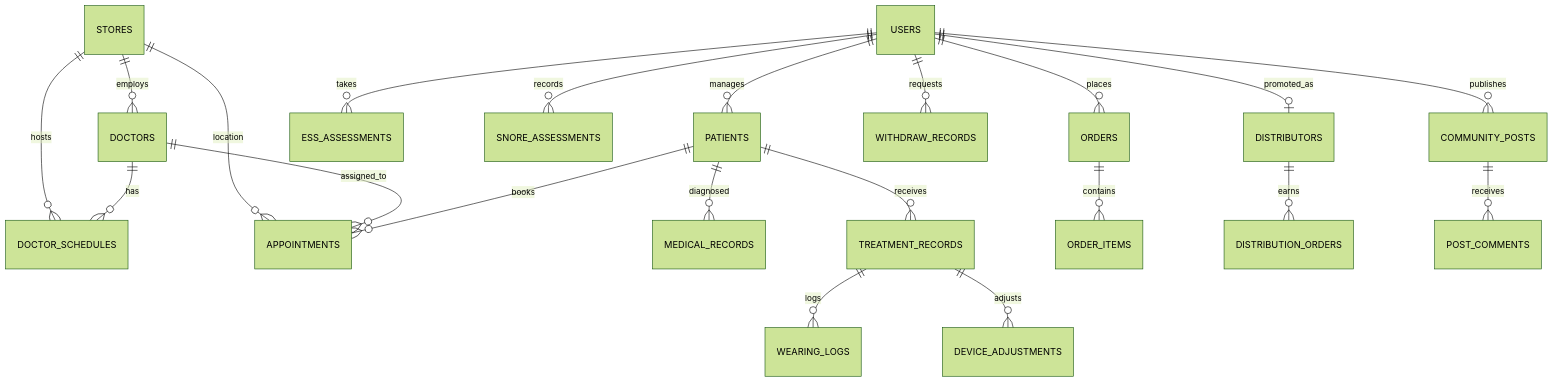
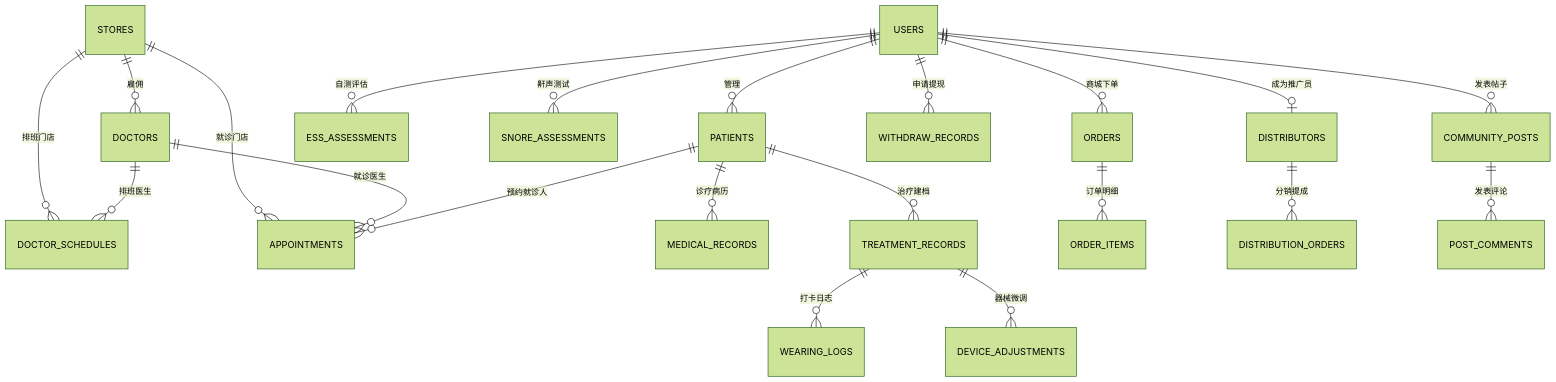
One commit to enwey/hanjing changed the diagram in db_and_api_design.md. Above: the diagram before and after it, drawn with Mermaid (forest theme). The commit also changed other lines of this file, not shown here.

````diff
--- a/db_and_api_design.md
+++ b/db_and_api_design.md
@@ -12,23 +12,23 @@
 ```mermaid
 erDiagram
-    USERS ||--o{ PATIENTS : "manages"
-    USERS ||--o| DISTRIBUTORS : "promoted_as"
-    STORES ||--o{ DOCTORS : "employs"
-    STORES ||--o{ DOCTOR_SCHEDULES : "hosts"
-    STORES ||--o{ APPOINTMENTS : "location"
-    DOCTORS ||--o{ DOCTOR_SCHEDULES : "has"
-    DOCTORS ||--o{ APPOINTMENTS : "assigned_to"
-    PATIENTS ||--o{ APPOINTMENTS : "books"
-    PATIENTS ||--o{ MEDICAL_RECORDS : "diagnosed"
-    PATIENTS ||--o{ TREATMENT_RECORDS : "receives"
-    TREATMENT_RECORDS ||--o{ WEARING_LOGS : "logs"
-    TREATMENT_RECORDS ||--o{ DEVICE_ADJUSTMENTS : "adjusts"
-    USERS ||--o{ ESS_ASSESSMENTS : "takes"
-    USERS ||--o{ SNORE_ASSESSMENTS : "records"
-    USERS ||--o{ ORDERS : "places"
-    ORDERS ||--o{ ORDER_ITEMS : "contains"
-    DISTRIBUTORS ||--o{ DISTRIBUTION_ORDERS : "earns"
-    USERS ||--o{ WITHDRAW_RECORDS : "requests"
-    USERS ||--o{ COMMUNITY_POSTS : "publishes"
-    COMMUNITY_POSTS ||--o{ POST_COMMENTS : "receives"
+    USERS ||--o{ PATIENTS : "管理"
+    USERS ||--o| DISTRIBUTORS : "成为推广员"
+    STORES ||--o{ DOCTORS : "雇佣"
+    STORES ||--o{ DOCTOR_SCHEDULES : "排班门店"
+    STORES ||--o{ APPOINTMENTS : "就诊门店"
+    DOCTORS ||--o{ DOCTOR_SCHEDULES : "排班医生"
+    DOCTORS ||--o{ APPOINTMENTS : "就诊医生"
+    PATIENTS ||--o{ APPOINTMENTS : "预约就诊人"
+    PATIENTS ||--o{ MEDICAL_RECORDS : "诊疗病历"
+    PATIENTS ||--o{ TREATMENT_RECORDS : "治疗建档"
+    TREATMENT_RECORDS ||--o{ WEARING_LOGS : "打卡日志"
+    TREATMENT_RECORDS ||--o{ DEVICE_ADJUSTMENTS : "器械微调"
+    USERS ||--o{ ESS_ASSESSMENTS : "自测评估"
+    USERS ||--o{ SNORE_ASSESSMENTS : "鼾声测试"
+    USERS ||--o{ ORDERS : "商城下单"
+    ORDERS ||--o{ ORDER_ITEMS : "订单明细"
+    DISTRIBUTORS ||--o{ DISTRIBUTION_ORDERS : "分销提成"
+    USERS ||--o{ WITHDRAW_RECORDS : "申请提现"
+    USERS ||--o{ COMMUNITY_POSTS : "发表帖子"
+    COMMUNITY_POSTS ||--o{ POST_COMMENTS : "发表评论"
 ```
````
